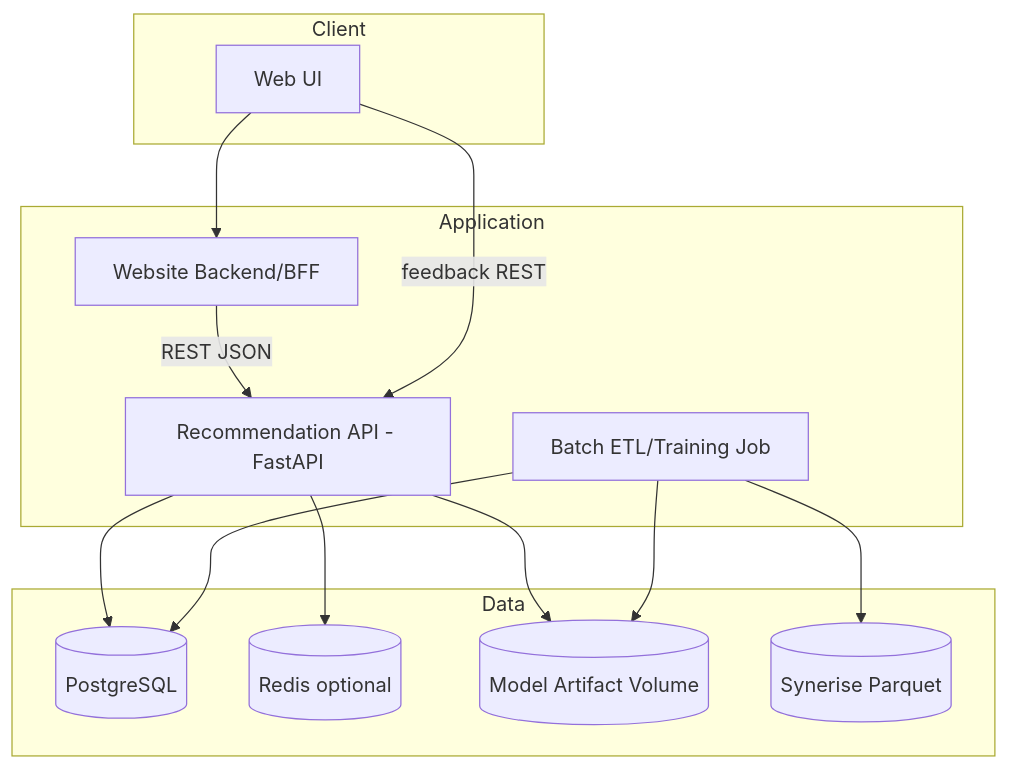
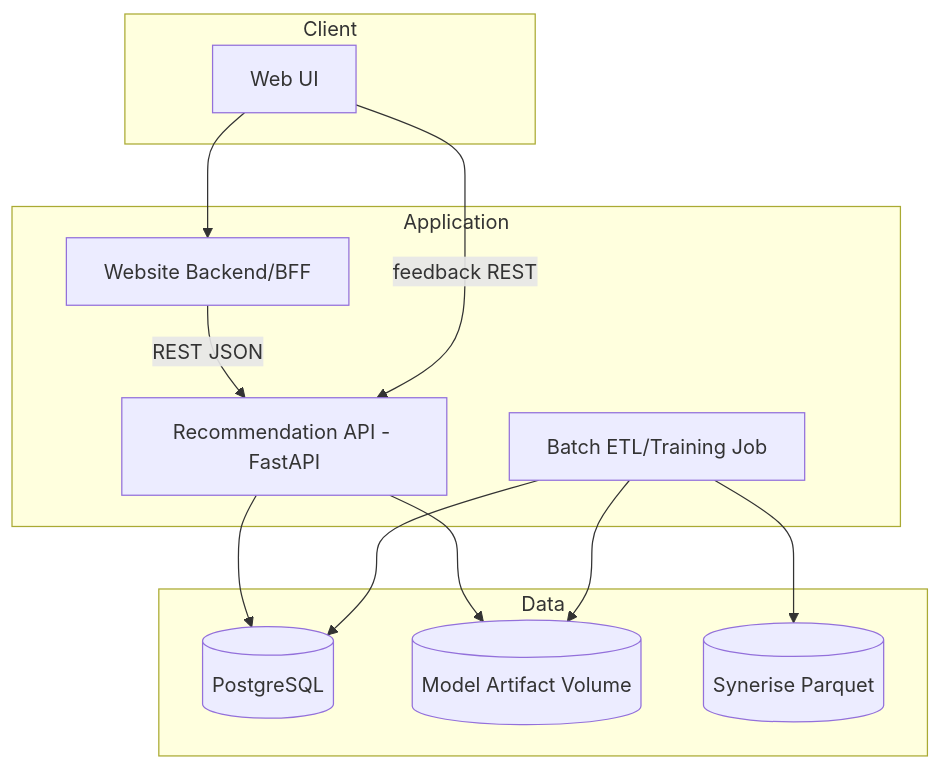
One commit to nmtrucworking/recobridge changed the second of 2 diagrams in docs/03_ARCHITECTURE/01_System_Architecture.md. Above: the diagram before and after it, drawn with Mermaid. The commit also changed other lines of this file and 24 other files, not shown here.

Commit message:
feat: update governance and architecture documentation, add MVP baseline and implementation backlog

````diff
--- a/docs/03_ARCHITECTURE/01_System_Architecture.md
+++ b/docs/03_ARCHITECTURE/01_System_Architecture.md
@@ -36,27 +36,25 @@
 ```mermaid
 flowchart TB
     subgraph Client
       FE[Web UI]
     end
     subgraph Application
       BFF[Website Backend/BFF]
       API[Recommendation API - FastAPI]
       WORKER[Batch ETL/Training Job]
     end
     subgraph Data
       PG[(PostgreSQL)]
-      REDIS[(Redis optional)]
       ART[(Model Artifact Volume)]
       PARQ[(Synerise Parquet)]
     end
 
     FE --> BFF
     BFF -->|REST JSON| API
     FE -->|feedback REST| API
     API --> PG
-    API --> REDIS
     API --> ART
     WORKER --> PARQ
     WORKER --> PG
     WORKER --> ART
 ```
````
